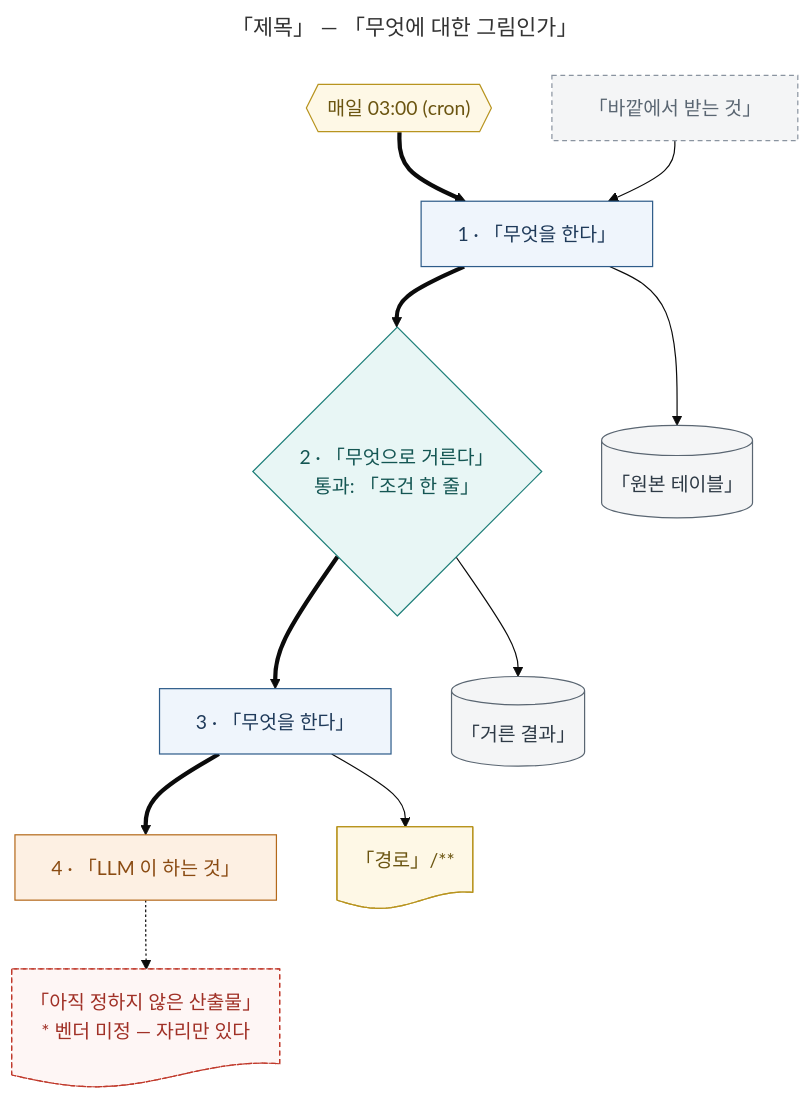
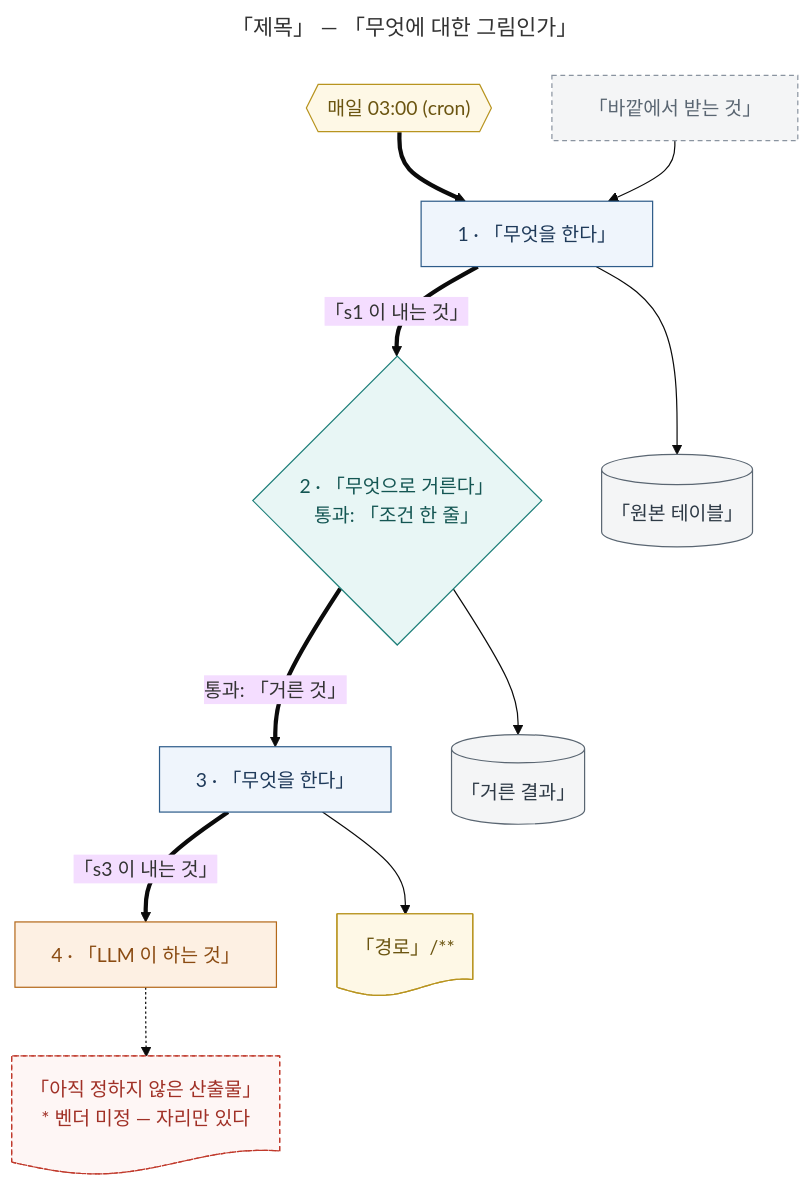
Before and after one commit to acacian-systran/doc-kit: the diagram in skills/mermaid-diagram/assets/_template-flow.mmd, drawn with Mermaid. The commit also changed 8 other files, not shown here.

First line of the commit message:
mermaid-diagram: show what passes between steps; always top-to-bottom

```diff
--- a/skills/mermaid-diagram/assets/_template-flow.mmd
+++ b/skills/mermaid-diagram/assets/_template-flow.mmd
@@ -1,92 +1,94 @@
 ---
 title: 「제목」 — 「무엇에 대한 그림인가」
 config:
   theme: base
   flowchart:
     curve: basis
 ---
 flowchart TD
 %% 답하는 질문: 「이 그림 하나가 답하는 질문 한 문장. 두 개면 그림을 둘로 나눈다」
 %% 상태: 목표 구조(To-Be) — 구현 진척은 그리지 않는다. README "그린 시점" 절에 적는다.
 %% ·
-%% 읽는 법: 굵은 선(==>)만 따라가면 전체가 읽힌다. 얇은 선은 받아오는 것과
-%% 남기는 것. 실린더는 DB, 문서 모양은 파일시스템, 육각형은 실행을 부르는 것.
+%% 읽는 법: 굵은 선(==>)만 따라가면 전체가 읽힌다. 굵은 선 위 글자는 넘어가는 것.
+%% 얇은 선은 받아오는 것과 남기는 것. 실린더는 DB, 문서 모양은 파일시스템, 육각형은 실행을 부르는 것.
 %% ·
 %% 렌더: assets/render.sh 「이름」.mmd     (GitHub · Notion · mermaid.ai 에는 소스 그대로 붙인다)
 %% ·
 %% ── 쓰는 법 ────────────────────────────────────────────────
 %% 이 파일을 복사해 이름을 바꾸고 채운다. 그대로 렌더하면 예시 그림이 나온다.
 %% 단계의 사슬을 그리는 기본형이다. 위에서 아래로 단계, 왼쪽에 받아오는 것,
 %% 오른쪽에 남기는 것을 두려고 하지만 자리는 레이아웃 엔진이 정한다 — 자리를
 %% 강제하려 하지 말고, 선이 상자를 관통하면 인접 단계로 옮긴다 (grammar.md "배치").
 %% 조건은 자기 칸을 갖고 filter 색이다. 괄호로 라벨에 묶지 않는다.
 %% 규칙은 이 스킬의 references/grammar.md 에 있다.
 
   %% ── 받아오는 것 ─────────────────────────
   cron{{"매일 03:00 (cron)"}}:::trigger
   api["「바깥에서 받는 것」"]:::ext
 
   %% ── 단계 ────────────────────────────────
   s1["1 · 「무엇을 한다」"]:::step
   s2{"2 · 「무엇으로 거른다」
   통과: 「조건 한 줄」"}:::filter
   s3["3 · 「무엇을 한다」"]:::step
   s4["4 · 「LLM 이 하는 것」"]:::nondet
 
   %% ── 남기는 것 ───────────────────────────
   o1[("「원본 테이블」")]:::table
   o2[("「거른 결과」")]:::table
   o3@{ shape: doc, label: "「경로」/**" }
   o3:::file
   o4@{ shape: doc, label: "「아직 정하지 않은 산출물」
   * 벤더 미정 — 자리만 있다" }
   o4:::tbd
 
   %% ── 축 ─────────────────────────────────
-  cron ==> s1 ==> s2 ==> s3 ==> s4
+  %% 축 선의 라벨 = 그 선으로 넘어가는 것 (grammar.md "입출력"). 차례만 넘어가면 비운다.
+  cron ==> s1 ==>|"「s1 이 내는 것」"| s2
+  s2 ==>|"통과: 「거른 것」"| s3 ==>|"「s3 이 내는 것」"| s4
 
   %% ── 받아오는 것 · 남기는 것 ─────────────
   api --> s1
   s1 --> o1
   s2 --> o2
   s3 --> o3
   s4 -.-> o4
 
   %% ── 판단의 근거는 그리지 않고 여기 적는다 ──
   %% 왜 이 순서인지, 왜 저 게이트를 두지 않았는지는 그림에 넣지 않는다.
   %% 근거 문서의 파일명과 절 번호를 남긴다 — 예: 「spec 파일명」 §2-3.
 
 %% palette:begin
   %% ext    외부 — 우리가 만들지 않은 것. 외부 API · 남의 모듈
   classDef ext fill:#F4F5F6,stroke:#8A94A0,stroke-dasharray:4 3,color:#5A6672
   %% trigger 트리거 — 무엇이 실행을 부르나. cron · 사람 · HTTP 요청. 육각형 {{ }} 과 짝
   classDef trigger fill:#FEF8E6,stroke:#B8941F,color:#6B5511
   %% step   단계 — 무언가를 하는 곳
   classDef step fill:#EFF5FC,stroke:#2E5C8A,color:#1F3A5A
   %% filter 필터 — 거르는 단계와 조건 게이트. 여기서 대상이 줄어든다
   classDef filter fill:#E8F6F5,stroke:#1E7F79,color:#145653
   %% file   파일 — 파일시스템. @{shape: doc} 와 짝
   classDef file fill:#FEF8E6,stroke:#B8941F,color:#6B5511
   %% table  테이블 — RDB, 행을 보관하는 곳. [( )] 과 짝
   classDef table fill:#F4F5F6,stroke:#5A6672,color:#2E3A46
   %% canon  정본 — 같은 DB 지만 잃으면 복구가 어렵거나 비싼 것. 굵은 테두리
   classDef canon fill:#F4F5F6,stroke:#5A6672,stroke-width:3px,color:#2E3A46
   %% index  색인 — 같은 DB 안에서 검색을 받는 곳. 모양은 실린더, 색만 보라
   classDef index fill:#F2EFF9,stroke:#5B4B8A,color:#3E3260
   %% nondet 비결정 — LLM 이 닿는 것, 외부 판정에 매달린 것. 결과가 매번 같지 않다
   classDef nondet fill:#FDF0E3,stroke:#B4691A,color:#8A4B12
   %% tbd    미확정 — 그렸지만 설계가 아직 정하지 않은 자리. 붉은색은 이 뜻이 독점한다.
   %%        구현 여부를 뜻하지 않는다 — grammar.md "미확정" 절
   classDef tbd fill:#FEF6F5,stroke:#C0392B,stroke-dasharray:4 3,color:#A03026
   %% ro     조회 — 쓰기가 하나도 없는 것
   classDef ro fill:#EFF7F0,stroke:#2F5A34,color:#1F3F23
   %% note   각주 — 상자가 아니다. 그림 안에 있어야 읽히는 부연
   classDef note fill:transparent,stroke:transparent,color:#5A6672,font-size:12px
   %% warn   경고각주 — 그림이 말하는 것과 실제가 다른 지점
   classDef warn fill:transparent,stroke:transparent,color:#A03026,font-size:12px
   %% 컨테이너(subgraph)는 classDef 가 아니라 style 로 준다. 점선 = 논리 그룹,
   %% 실선 = 배포 경계 — "같이 묶여 있나"와 "같이 죽나"는 같은 말이 아니다.
   %%   style 「영역id」  fill:#FCFCFB,stroke:#8A94A0,stroke-dasharray:4 3
   %%   style 「배포id」  fill:#F7FAFD,stroke:#5A6672,stroke-width:2px
   %%   style 「앱id」    fill:#EFF5FC,stroke:#2E5C8A,stroke-dasharray:4 3
 %% palette:end
```
